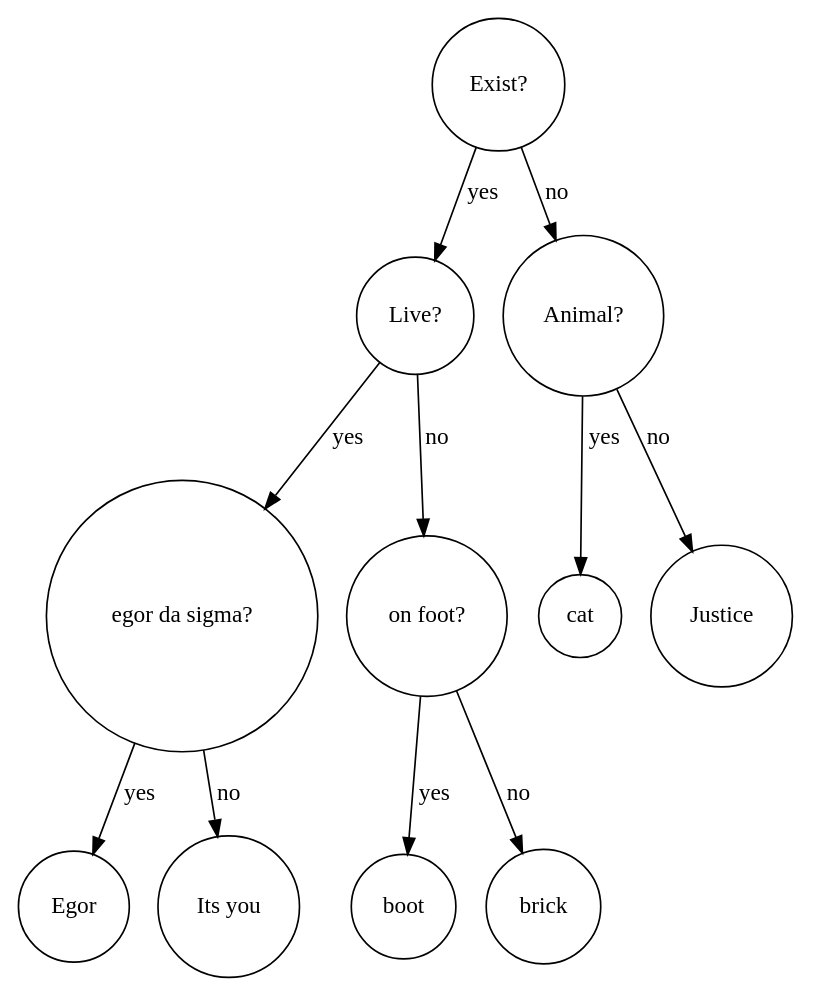
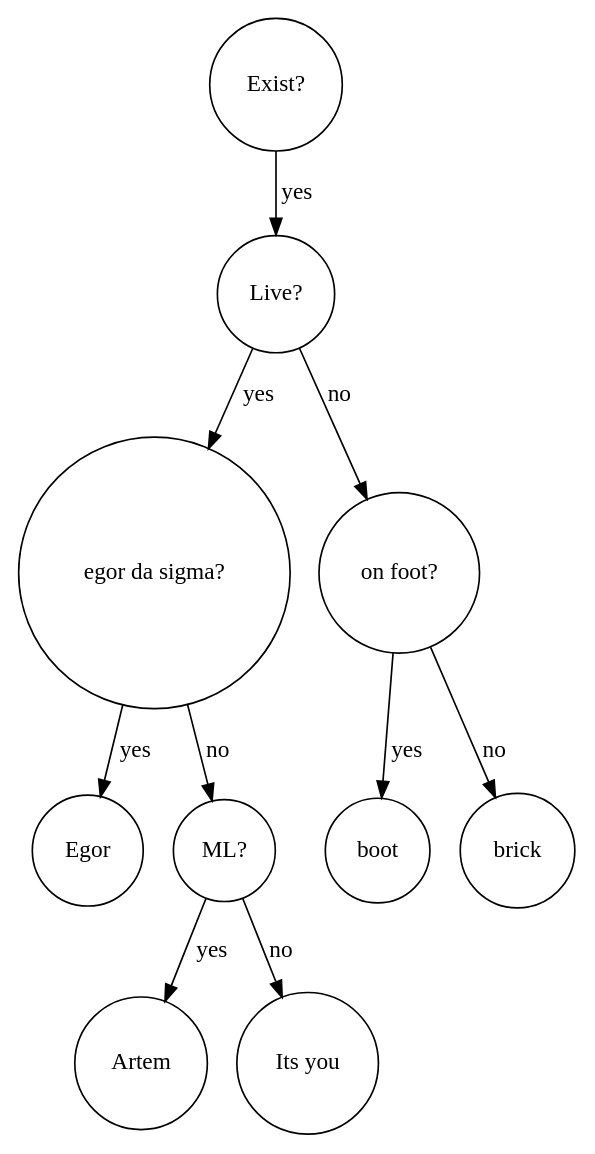
The diagram in tree/akinator/bst_visual_log/bst_9.dot (fl4cko11/Huawei_MIPT), drawn with Graphviz before and after one commit. The commit also changed 21 other files, not shown here.

```diff
--- a/tree/akinator/bst_visual_log/bst_9.dot
+++ b/tree/akinator/bst_visual_log/bst_9.dot
@@ -1,13 +1,12 @@
 digraph BST {
     node [shape=circle];
     "Exist?" -> "Live?" [label="yes"];
-    "Exist?" -> "Animal?" [label="no"];
     "Live?" -> "egor da sigma?" [label="yes"];
     "Live?" -> "on foot?" [label="no"];
     "egor da sigma?" -> "Egor" [label="yes"];
-    "egor da sigma?" -> "Its you" [label="no"];
+    "egor da sigma?" -> "ML?" [label="no"];
+    "ML?" -> "Artem" [label="yes"];
+    "ML?" -> "Its you" [label="no"];
     "on foot?" -> "boot" [label="yes"];
     "on foot?" -> "brick" [label="no"];
-    "Animal?" -> "cat" [label="yes"];
-    "Animal?" -> "Justice" [label="no"];
 }
```
